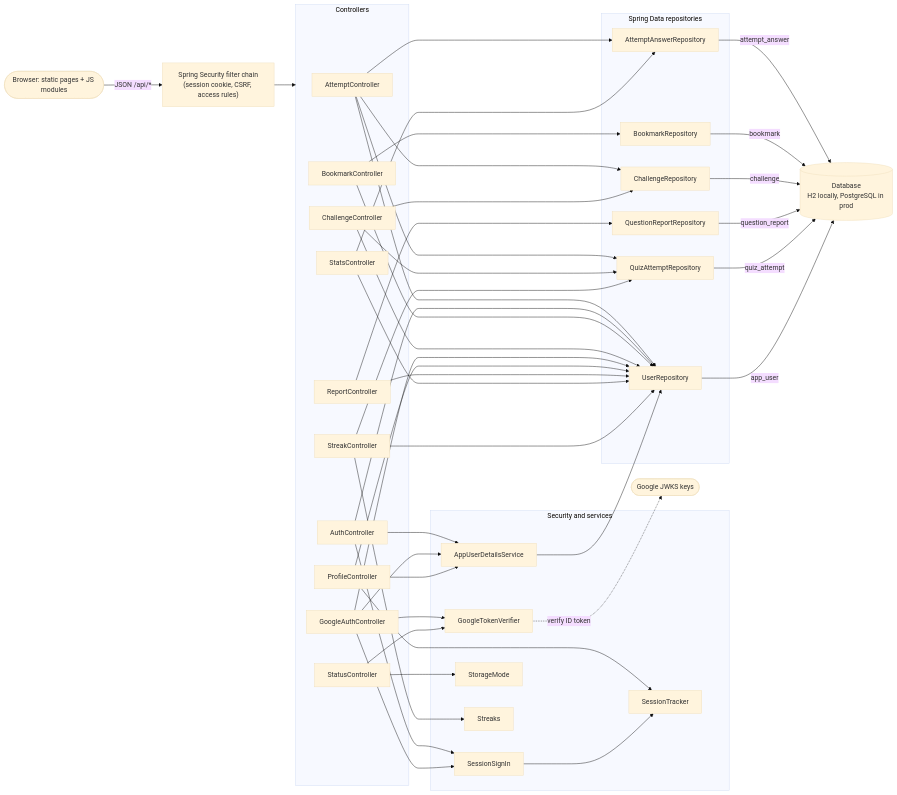
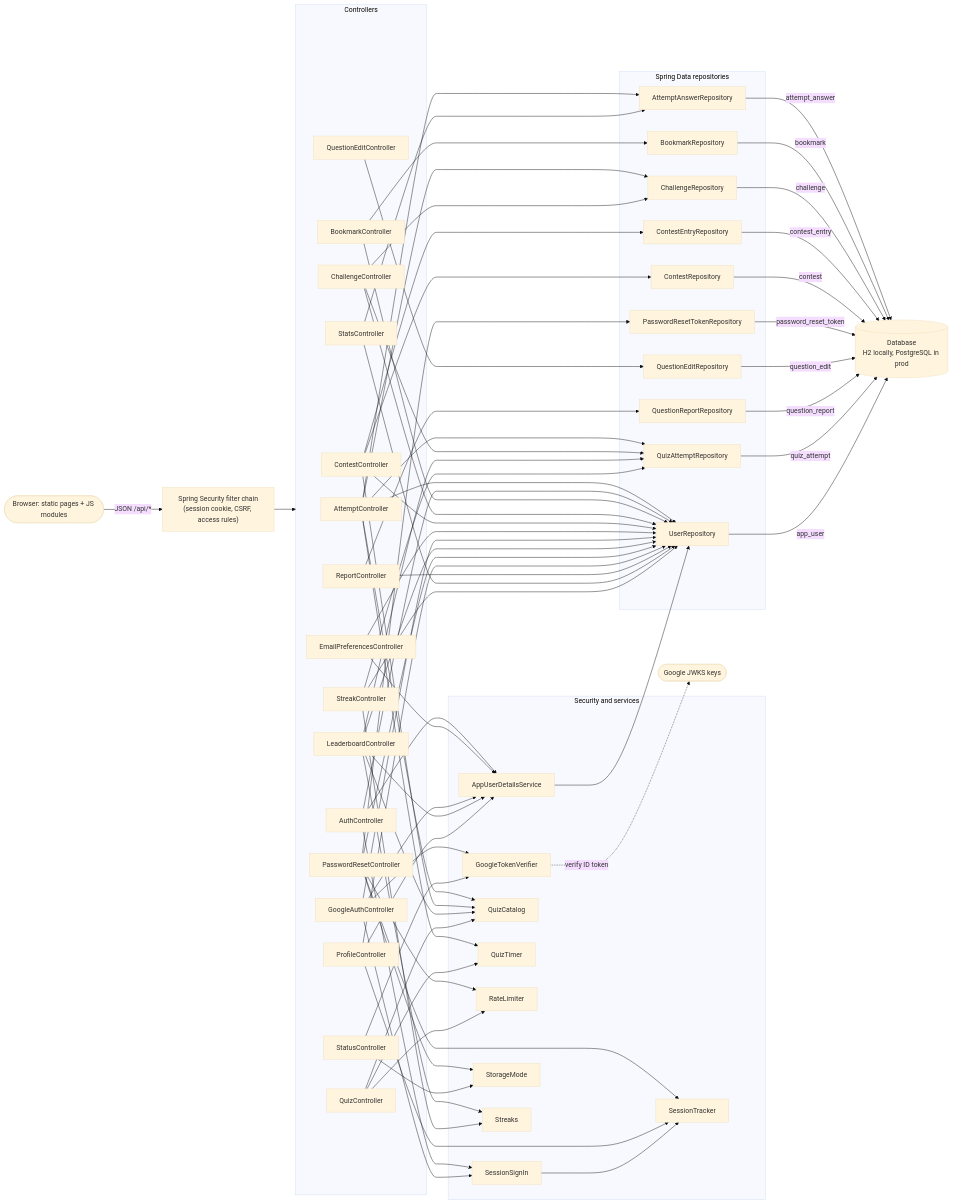
One commit to vinaynesta/QuizVerse changed the second of 9 diagrams in docs/ARCHITECTURE.md. Above: the diagram before and after it, drawn with Mermaid (base theme). The commit also changed other lines of this file and 677 other files, not shown here.

```diff
--- a/docs/ARCHITECTURE.md
+++ b/docs/ARCHITECTURE.md
@@ -61,8 +61,14 @@
         AuthController
         BookmarkController
         ChallengeController
+        ContestController
+        EmailPreferencesController
         GoogleAuthController
+        LeaderboardController
+        PasswordResetController
         ProfileController
+        QuestionEditController
+        QuizController
         ReportController
         StatsController
         StatusController
@@ -71,6 +77,9 @@
     subgraph services["Security and services"]
         AppUserDetailsService
         GoogleTokenVerifier
+        QuizCatalog
+        QuizTimer
+        RateLimiter
         SessionSignIn
         SessionTracker
         StorageMode
@@ -80,6 +89,10 @@
         AttemptAnswerRepository
         BookmarkRepository
         ChallengeRepository
+        ContestEntryRepository
+        ContestRepository
+        PasswordResetTokenRepository
+        QuestionEditRepository
         QuestionReportRepository
         QuizAttemptRepository
         UserRepository
@@ -90,6 +103,8 @@
     AttemptController --> AttemptAnswerRepository
     AttemptController --> UserRepository
     AttemptController --> ChallengeRepository
+    AttemptController --> QuizCatalog
+    AttemptController --> QuizTimer
     AuthController --> UserRepository
     AuthController --> AppUserDetailsService
     AuthController --> SessionSignIn
@@ -98,13 +113,33 @@
     ChallengeController --> ChallengeRepository
     ChallengeController --> QuizAttemptRepository
     ChallengeController --> UserRepository
+    ContestController --> ContestRepository
+    ContestController --> ContestEntryRepository
+    ContestController --> UserRepository
+    ContestController --> QuizCatalog
+    EmailPreferencesController --> UserRepository
+    EmailPreferencesController --> AppUserDetailsService
     GoogleAuthController --> GoogleTokenVerifier
     GoogleAuthController --> UserRepository
     GoogleAuthController --> AppUserDetailsService
     GoogleAuthController --> SessionSignIn
+    LeaderboardController --> QuizAttemptRepository
+    LeaderboardController --> UserRepository
+    LeaderboardController --> QuizCatalog
+    LeaderboardController --> AppUserDetailsService
+    LeaderboardController --> Streaks
+    PasswordResetController --> UserRepository
+    PasswordResetController --> PasswordResetTokenRepository
+    PasswordResetController --> SessionTracker
+    PasswordResetController --> RateLimiter
+    PasswordResetController --> StorageMode
     ProfileController --> UserRepository
     ProfileController --> AppUserDetailsService
     ProfileController --> SessionTracker
+    QuestionEditController --> QuestionEditRepository
+    QuizController --> QuizCatalog
+    QuizController --> QuizTimer
+    QuizController --> RateLimiter
     ReportController --> QuestionReportRepository
     ReportController --> UserRepository
     StatsController --> AttemptAnswerRepository
@@ -119,6 +154,10 @@
     AttemptAnswerRepository -->|attempt_answer| db
     BookmarkRepository -->|bookmark| db
     ChallengeRepository -->|challenge| db
+    ContestEntryRepository -->|contest_entry| db
+    ContestRepository -->|contest| db
+    PasswordResetTokenRepository -->|password_reset_token| db
+    QuestionEditRepository -->|question_edit| db
     QuestionReportRepository -->|question_report| db
     QuizAttemptRepository -->|quiz_attempt| db
     UserRepository -->|app_user| db
```
